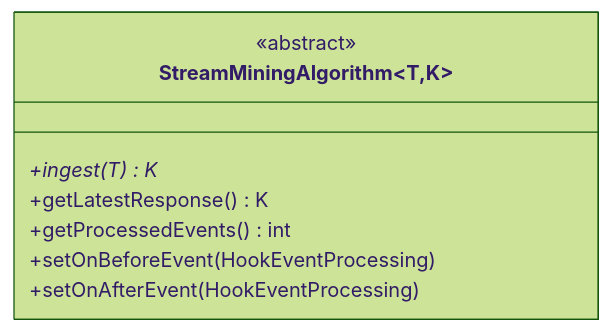
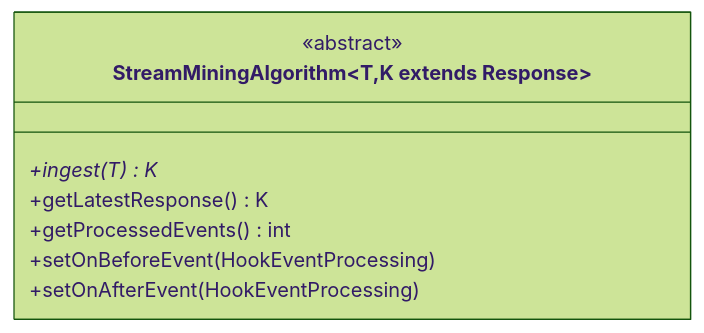
One commit to beamline/docs changed the second of 4 diagrams in docs/getting-started.md. Above: the diagram before and after it, drawn with Mermaid (forest theme). The commit also changed other lines of this file, not shown here.

```diff
--- a/docs/getting-started.md
+++ b/docs/getting-started.md
@@ -121,10 +121,10 @@
 <div class="mermaid">
 classDiagram
-class StreamMiningAlgorithm~T,K~
+class StreamMiningAlgorithm~T,K extends Response~
 << abstract >> StreamMiningAlgorithm
 StreamMiningAlgorithm:+ingest(T)* K
 StreamMiningAlgorithm:+getLatestResponse() K
 StreamMiningAlgorithm:+getProcessedEvents() int
 StreamMiningAlgorithm:+setOnBeforeEvent(HookEventProcessing)
 StreamMiningAlgorithm:+setOnAfterEvent(HookEventProcessing)
 </div>
```
